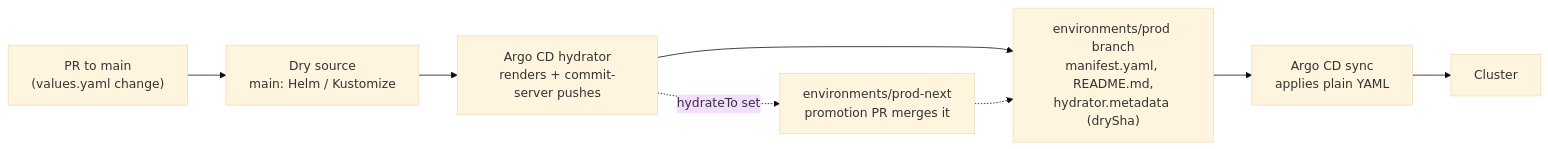
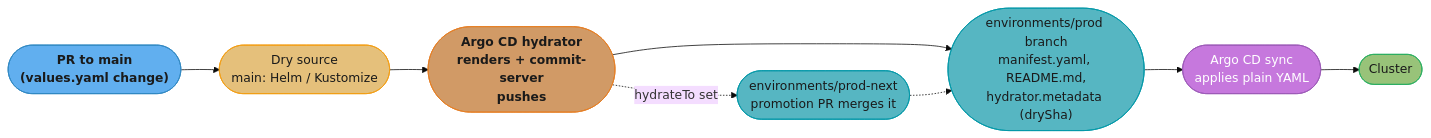
The third of 6 diagrams in src/main/java/com/rutik/systemdesign/devops/gitops_argocd_flux/gitops_argocd_flux.md (rppol/system-design), drawn with Mermaid (base theme) before and after one commit. The commit also changed other lines of this file and 63 other files, not shown here.

````diff
--- a/src/main/java/com/rutik/systemdesign/devops/gitops_argocd_flux/gitops_argocd_flux.md
+++ b/src/main/java/com/rutik/systemdesign/devops/gitops_argocd_flux/gitops_argocd_flux.md
@@ -259,10 +259,24 @@
 ```mermaid
 flowchart LR
-    dev["PR to main<br/>(values.yaml change)"] --> dry["Dry source<br/>main: Helm / Kustomize"]
-    dry --> hyd["Argo CD hydrator<br/>renders + commit-server pushes"]
-    hyd --> br["environments/prod branch<br/>manifest.yaml, README.md,<br/>hydrator.metadata (drySha)"]
-    br --> sync["Argo CD sync<br/>applies plain YAML"]
-    sync --> k8s["Cluster"]
-    hyd -.->|"hydrateTo set"| stage["environments/prod-next<br/>promotion PR merges it"]
+    classDef io      fill:#61afef,stroke:#2e86c1,color:#1a1a1a,font-weight:bold
+    classDef frozen  fill:#c678dd,stroke:#9b59b6,color:#fff
+    classDef train   fill:#98c379,stroke:#27ae60,color:#1a1a1a
+    classDef mathOp  fill:#d19a66,stroke:#e67e22,color:#1a1a1a,font-weight:bold
+    classDef lossN   fill:#e06c75,stroke:#c0392b,color:#fff,font-weight:bold
+    classDef req     fill:#56b6c2,stroke:#0097a7,color:#1a1a1a
+    classDef base    fill:#e5c07b,stroke:#f39c12,color:#1a1a1a
+    dev(["PR to main<br/>(values.yaml change)"]) --> dry(["Dry source<br/>main: Helm / Kustomize"])
+    dry --> hyd(["Argo CD hydrator<br/>renders + commit-server<br/>pushes"])
+    hyd --> br(["environments/prod branch<br/>manifest.yaml, README.md,<br/>hydrator.metadata (drySha)"])
+    br --> sync(["Argo CD sync<br/>applies plain YAML"])
+    sync --> k8s(["Cluster"])
+    hyd -.->|"hydrateTo set"| stage(["environments/prod-next<br/>promotion PR merges it"])
     stage -.-> br
+
+    class dev io
+    class dry base
+    class hyd mathOp
+    class br,stage req
+    class sync frozen
+    class k8s train
 ```
````
